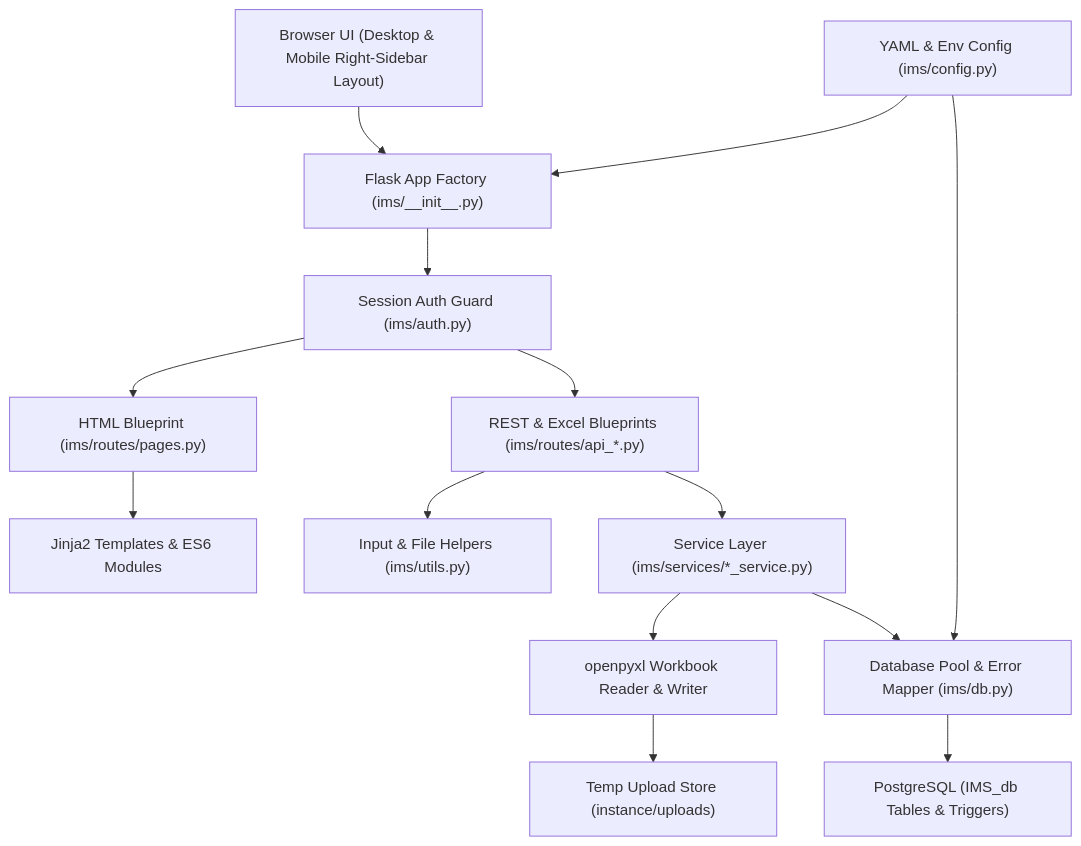
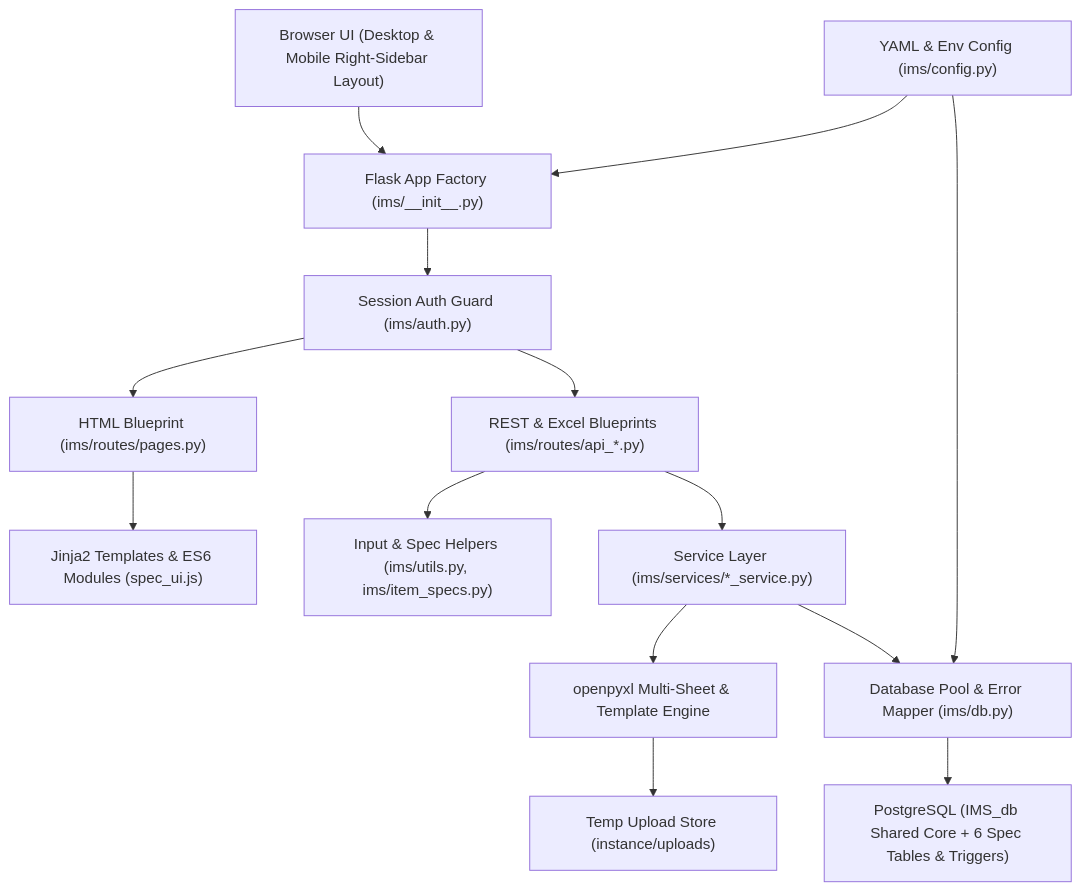
Before and after one commit to hamidrezaHemati/IMS: the first of 2 diagrams in docs/ARCHITECTURE.md, drawn with Mermaid. The commit also changed other lines of this file and 32 other files, not shown here.

````diff
--- a/docs/ARCHITECTURE.md
+++ b/docs/ARCHITECTURE.md
@@ -41,20 +43,20 @@
 ```mermaid
 flowchart TD
     User["Browser UI (Desktop & Mobile Right-Sidebar Layout)"] --> AppFactory["Flask App Factory (ims/__init__.py)"]
     AppFactory --> AuthGuard["Session Auth Guard (ims/auth.py)"]
     AuthGuard --> PageRoutes["HTML Blueprint (ims/routes/pages.py)"]
     AuthGuard --> ApiRoutes["REST & Excel Blueprints (ims/routes/api_*.py)"]
 
-    PageRoutes --> Templates["Jinja2 Templates & ES6 Modules"]
-    ApiRoutes --> Utils["Input & File Helpers (ims/utils.py)"]
+    PageRoutes --> Templates["Jinja2 Templates & ES6 Modules (spec_ui.js)"]
+    ApiRoutes --> Utils["Input & Spec Helpers (ims/utils.py, ims/item_specs.py)"]
     ApiRoutes --> Services["Service Layer (ims/services/*_service.py)"]
 
-    Services --> ExcelEngine["openpyxl Workbook Reader & Writer"]
+    Services --> ExcelEngine["openpyxl Multi-Sheet & Template Engine"]
     ExcelEngine --> Uploads["Temp Upload Store (instance/uploads)"]
 
     Services --> DbLayer["Database Pool & Error Mapper (ims/db.py)"]
     Config["YAML & Env Config (ims/config.py)"] --> DbLayer
     Config --> AppFactory
 
-    DbLayer --> Postgres["PostgreSQL (IMS_db Tables & Triggers)"]
+    DbLayer --> Postgres["PostgreSQL (IMS_db Shared Core + 6 Spec Tables & Triggers)"]
 ```
````
